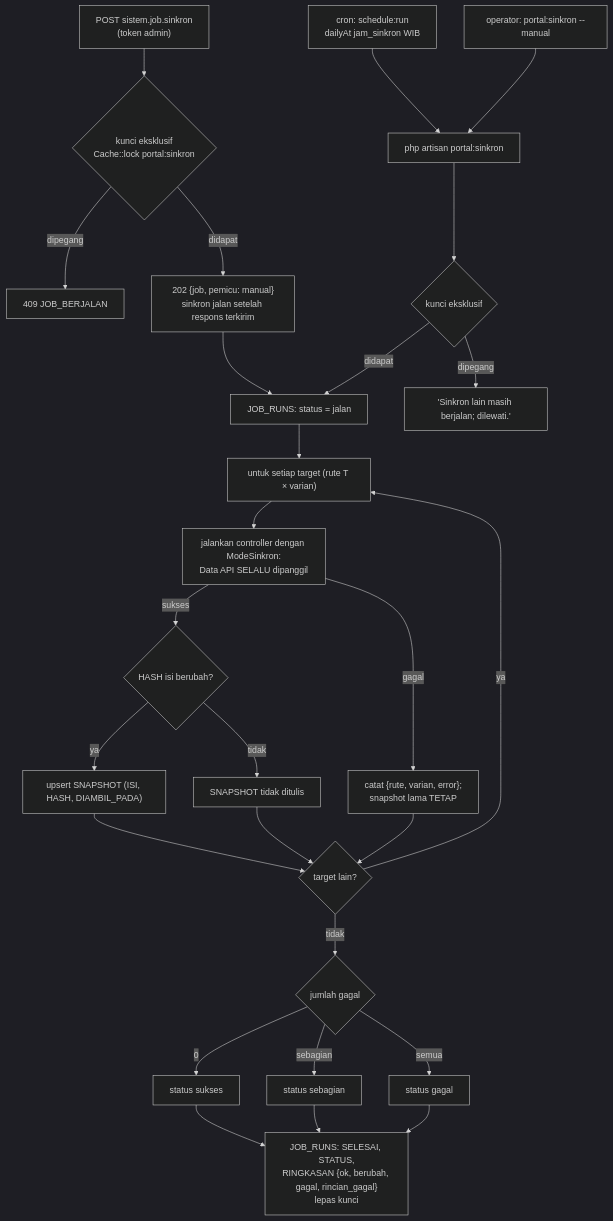
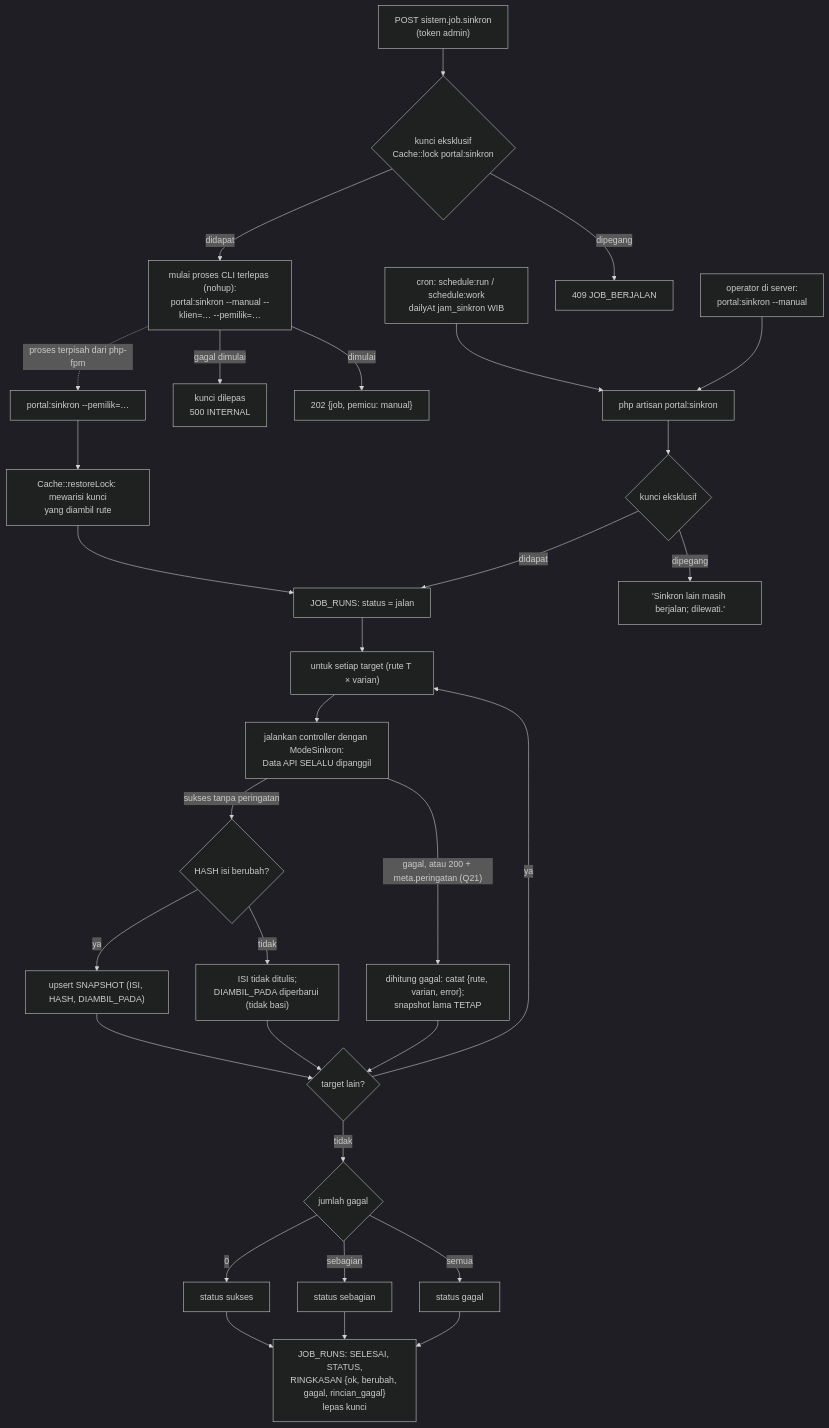
Before and after one commit to RantAI-dev/DisparDataPlatform: the first of 2 diagrams in port/docs/flowchart/sinkron.md, drawn with Mermaid (dark theme). The commit also changed other lines of this file and 30 other files, not shown here.

````diff
--- a/port/docs/flowchart/sinkron.md
+++ b/port/docs/flowchart/sinkron.md
@@ -22,25 +22,28 @@
 ```mermaid
 flowchart TD
-    CR["cron: schedule:run<br/>dailyAt jam_sinkron WIB"] --> CMD["php artisan portal:sinkron"]
-    CLI["operator: portal:sinkron --manual"] --> CMD
+    CR["cron: schedule:run / schedule:work<br/>dailyAt jam_sinkron WIB"] --> CMD["php artisan portal:sinkron"]
+    CLI["operator di server:<br/>portal:sinkron --manual"] --> CMD
     API["POST sistem.job.sinkron<br/>(token admin)"] --> LK2{"kunci eksklusif<br/>Cache::lock portal:sinkron"}
     LK2 -- dipegang --> E409["409 JOB_BERJALAN"]
-    LK2 -- didapat --> A202["202 {job, pemicu: manual}<br/>sinkron jalan setelah respons terkirim"]
-    A202 --> RUN
+    LK2 -- didapat --> PR["mulai proses CLI terlepas (nohup):<br/>portal:sinkron --manual --klien=… --pemilik=…"]
+    PR -- "gagal dimulai" --> E500["kunci dilepas<br/>500 INTERNAL"]
+    PR -- "dimulai" --> A202["202 {job, pemicu: manual}"]
+    PR -.->|"proses terpisah dari php-fpm"| CMDM["portal:sinkron --pemilik=…"]
+    CMDM --> WARIS["Cache::restoreLock: mewarisi kunci<br/>yang diambil rute"] --> RUN
     CMD --> LK{"kunci eksklusif"}
     LK -- dipegang --> SKIP["'Sinkron lain masih berjalan; dilewati.'"]
     LK -- didapat --> RUN["JOB_RUNS: status = jalan"]
     RUN --> LOOP["untuk setiap target (rute T × varian)"]
     LOOP --> CALL["jalankan controller dengan ModeSinkron:<br/>Data API SELALU dipanggil"]
-    CALL -- sukses --> H{"HASH isi berubah?"}
+    CALL -- "sukses tanpa peringatan" --> H{"HASH isi berubah?"}
     H -- ya --> UP["upsert SNAPSHOT (ISI, HASH, DIAMBIL_PADA)"]
-    H -- tidak --> SAMA["SNAPSHOT tidak ditulis"]
-    CALL -- gagal --> G["catat {rute, varian, error};<br/>snapshot lama TETAP"]
+    H -- tidak --> SAMA["ISI tidak ditulis;<br/>DIAMBIL_PADA diperbarui (tidak basi)"]
+    CALL -- "gagal, atau 200 + meta.peringatan (Q21)" --> G["dihitung gagal: catat {rute, varian, error};<br/>snapshot lama TETAP"]
     UP & SAMA & G --> NEXT{"target lain?"}
     NEXT -- ya --> LOOP
     NEXT -- tidak --> ST{"jumlah gagal"}
     ST -- "0" --> S1["status sukses"]
     ST -- "sebagian" --> S2["status sebagian"]
     ST -- "semua" --> S3["status gagal"]
     S1 & S2 & S3 --> FIN["JOB_RUNS: SELESAI, STATUS,<br/>RINGKASAN {ok, berubah, gagal, rincian_gagal}<br/>lepas kunci"]
 ```
````
